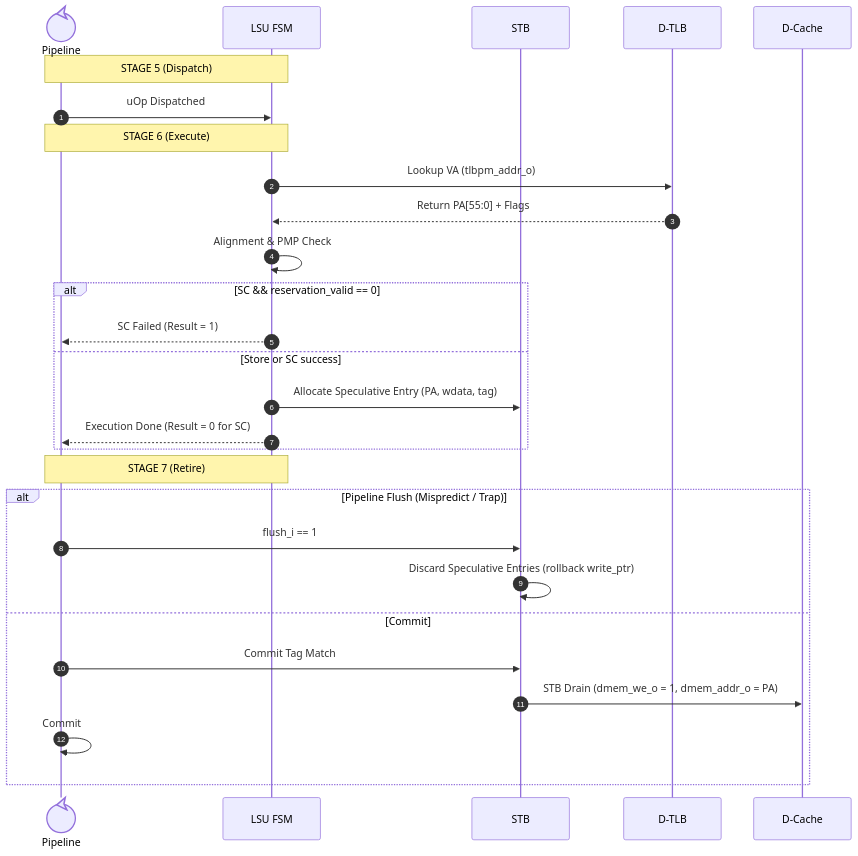
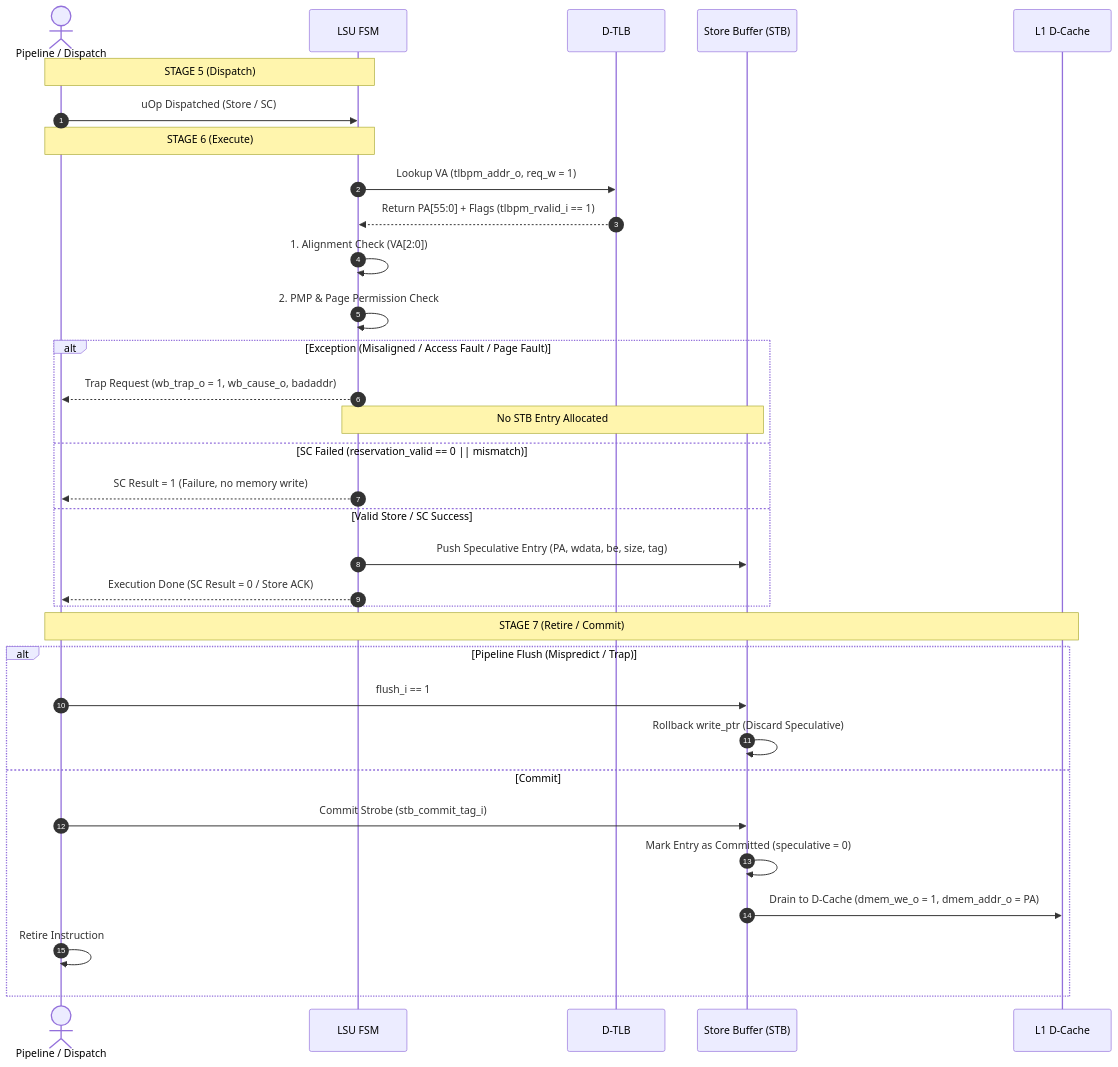
Before and after one commit to AGH-Logic-Unit/pv-crab-core: the second of 3 diagrams in docs/uarch/execute/lsu/overview.md, drawn with Mermaid. The commit also changed other lines of this file and 7 other files, not shown here.

````diff
--- a/docs/uarch/execute/lsu/overview.md
+++ b/docs/uarch/execute/lsu/overview.md
@@ -168,31 +185,38 @@
 ```mermaid
 sequenceDiagram
     autonumber
-    actor PIPE@{"type": "control", "alias": "Pipeline"}
+    actor PIPE as Pipeline / Dispatch
     participant LSU as LSU FSM
-    participant STB as STB
     participant DTLB as D-TLB
-    participant CACHE as D-Cache
+    participant STB as Store Buffer (STB)
+    participant CACHE as L1 D-Cache
 
     Note over PIPE,LSU: STAGE 5 (Dispatch)
-        PIPE->>LSU: uOp Dispatched
+        PIPE->>LSU: uOp Dispatched (Store / SC)
     Note over PIPE,LSU: STAGE 6 (Execute)
-        LSU->>DTLB: Lookup VA (tlbpm_addr_o)
-        DTLB-->>LSU: Return PA[55:0] + Flags
-        LSU->>LSU: Alignment & PMP Check
-        alt SC && reservation_valid == 0
-            LSU-->>PIPE: SC Failed (Result = 1)
-        else Store or SC success
-            LSU->>STB: Allocate Speculative Entry (PA, wdata, tag)
-            LSU-->>PIPE: Execution Done (Result = 0 for SC)
+        LSU->>DTLB: Lookup VA (tlbpm_addr_o, req_w = 1)
+        DTLB-->>LSU: Return PA[55:0] + Flags (tlbpm_rvalid_i == 1)
+        LSU->>LSU: 1. Alignment Check (VA[2:0])
+        LSU->>LSU: 2. PMP & Page Permission Check
+
+        alt Exception (Misaligned / Access Fault / Page Fault)
+            LSU-->>PIPE: Trap Request (wb_trap_o = 1, wb_cause_o, badaddr)
+            Note over LSU,STB: No STB Entry Allocated
+        else SC Failed (reservation_valid == 0 || mismatch)
+            LSU-->>PIPE: SC Result = 1 (Failure, no memory write)
+        else Valid Store / SC Success
+            LSU->>STB: Push Speculative Entry (PA, wdata, be, size, tag)
+            LSU-->>PIPE: Execution Done (SC Result = 0 / Store ACK)
         end
-    Note over PIPE,LSU: STAGE 7 (Retire)
+
+    Note over PIPE,CACHE: STAGE 7 (Retire / Commit)
         alt Pipeline Flush (Mispredict / Trap)
             PIPE->>STB: flush_i == 1
-            STB->>STB: Discard Speculative Entries (rollback write_ptr)
+            STB->>STB: Rollback write_ptr (Discard Speculative)
         else Commit
-            PIPE->>STB: Commit Tag Match
-            STB->>CACHE: STB Drain (dmem_we_o = 1, dmem_addr_o = PA)
-            PIPE->>PIPE: Commit
+            PIPE->>STB: Commit Strobe (stb_commit_tag_i)
+            STB->>STB: Mark Entry as Committed (speculative = 0)
+            STB->>CACHE: Drain to D-Cache (dmem_we_o = 1, dmem_addr_o = PA)
+            PIPE->>PIPE: Retire Instruction
         end
 ```
````
